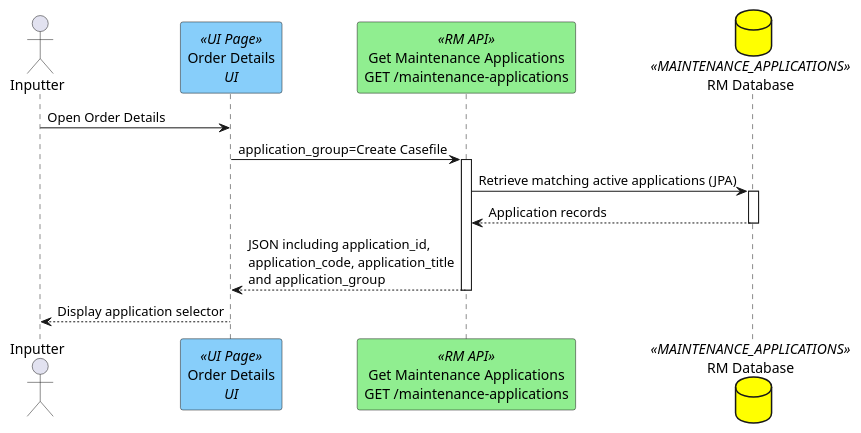
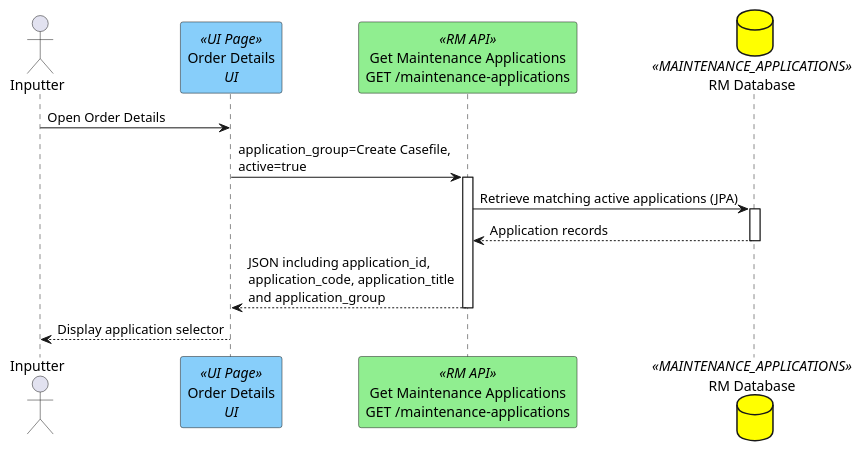
One commit to hmcts/opal-docs changed the diagram in plantUML/rm-create-case-file/get-maintenance-applications.puml. Above: the diagram before and after it, drawn with PlantUML. The commit also changed 5 other files, not shown here.

Commit message:
Add RM Create Draft Casefile E2E updated diagrams

```diff
--- a/plantUML/rm-create-case-file/get-maintenance-applications.puml
+++ b/plantUML/rm-create-case-file/get-maintenance-applications.puml
@@ -1,13 +1,13 @@
 @startuml
 actor "Inputter" as user
 participant "Order Details\n<i>UI</i>" as page <<UI Page>> #lightskyblue
 participant "Get Maintenance Applications\nGET /maintenance-applications" as api <<RM API>> #lightgreen
 database "RM Database" as db <<MAINTENANCE_APPLICATIONS>> #Yellow
 
 user -> page : Open Order Details
-page -> api ++ : application_group=Create Casefile
+page -> api ++ : application_group=Create Casefile,\nactive=true
 api -> db ++ : Retrieve matching active applications (JPA)
 db --> api -- : Application records
 api --> page -- : JSON including application_id,\napplication_code, application_title\nand application_group
 page --> user : Display application selector
 @enduml
```
